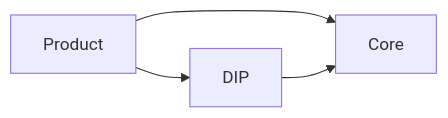
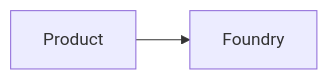
One commit to openbkn-ai/bkn-foundry changed the diagram in rules/ARCHITECTURE.md. Above: the diagram before and after it, drawn with Mermaid. The commit also changed other lines of this file and 13 other files, not shown here.

First line of the commit message:
docs(rules): debrand to BKN Foundry/openbkn; rename Core→Foundry; retire DIP/ISF/dataflow (#110)

````diff
--- a/rules/ARCHITECTURE.md
+++ b/rules/ARCHITECTURE.md
@@ -17,6 +15,4 @@
 ```mermaid
 flowchart LR
-  Product[Product] --> DIP[DIP]
-  Product --> Core[Core]
-  DIP --> Core
+  Product[Product] --> Foundry[Foundry]
 ```
````
